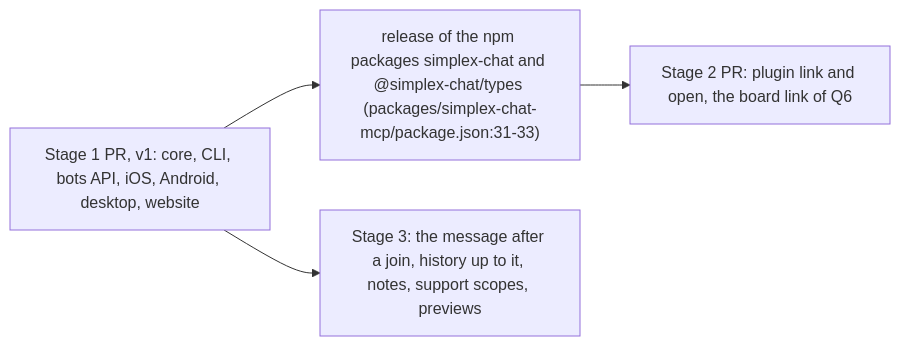
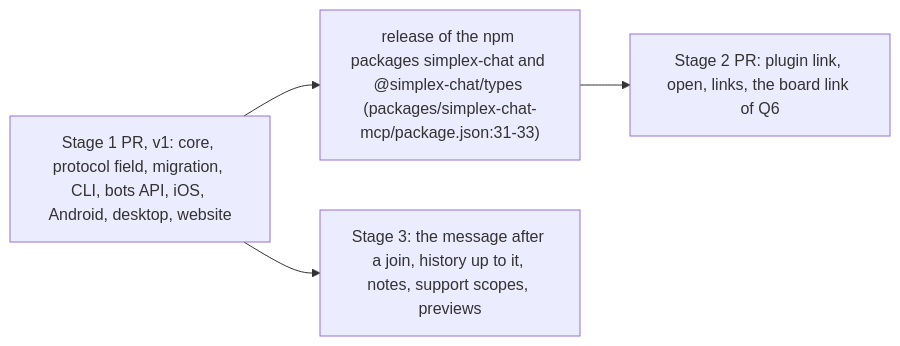
Before and after one commit to evgeny-simplex/simplex-chat: the sixth of 6 diagrams in plans/2026-11-22-message-references.md, drawn with Mermaid. The commit also changed other lines of this file, not shown here.

Commit message:
core: plan local message links as message metadata

````diff
--- a/plans/2026-11-22-message-references.md
+++ b/plans/2026-11-22-message-references.md
@@ -343,6 +462,6 @@
 ```mermaid
 flowchart LR
-  S1["Stage 1 PR, v1: core, CLI, bots API, iOS, Android, desktop, website"] --> R["release of the npm packages simplex-chat and @simplex-chat/types (packages/simplex-chat-mcp/package.json:31-33)"]
-  R --> S2["Stage 2 PR: plugin link and open, the board link of Q6"]
+  S1["Stage 1 PR, v1: core, protocol field, migration, CLI, bots API, iOS, Android, desktop, website"] --> R["release of the npm packages simplex-chat and @simplex-chat/types (packages/simplex-chat-mcp/package.json:31-33)"]
+  R --> S2["Stage 2 PR: plugin link, open, links, the board link of Q6"]
   S1 --> S3["Stage 3: the message after a join, history up to it, notes, support scopes, previews"]
 ```
````
